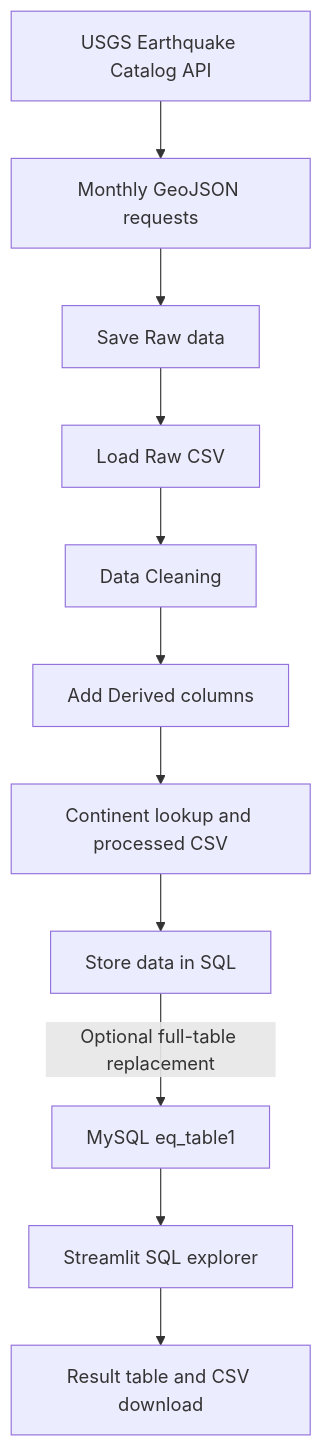
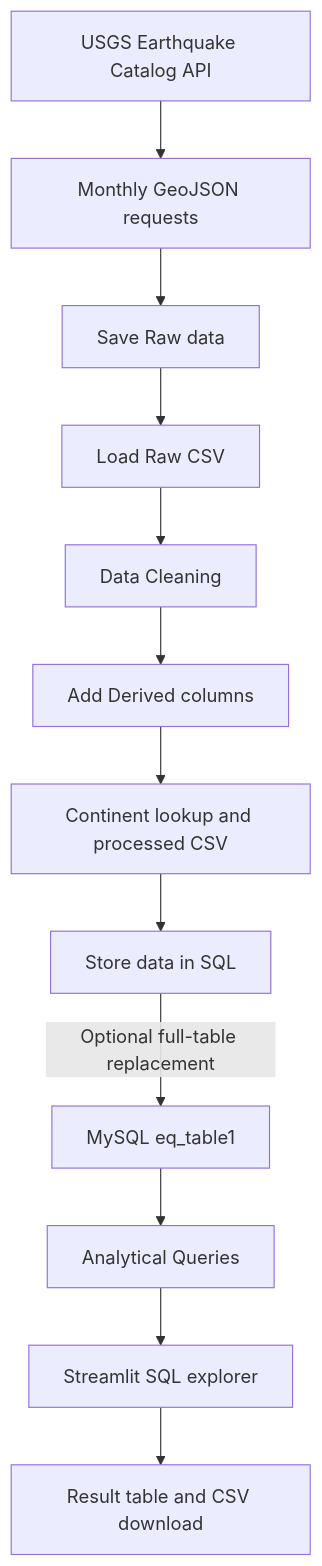
Before and after one commit to Vishal2010s/Global-Seismic-Trends-Earthquake-Data-Analysis: the diagram in README.md, drawn with Mermaid.

Commit message:
Update flowchart in README to include analytical queries

````diff
--- a/README.md
+++ b/README.md
@@ -83,13 +83,14 @@
 ```mermaid
 flowchart TD
     A[USGS Earthquake Catalog API] --> B[Monthly GeoJSON requests]
     B --> C[Save Raw data]
     C --> D[Load Raw CSV]
     D --> E[Data Cleaning]
     E --> F[Add Derived columns]
     F --> G[Continent lookup and processed CSV]
     G --> H[Store data in SQL]
     H -->|Optional full-table replacement| I[MySQL eq_table1]
-    I --> K[Streamlit SQL explorer]
+    I --> J[Analytical Queries]
+    J --> K[Streamlit SQL explorer]
     K --> L[Result table and CSV download]
 ```
````
